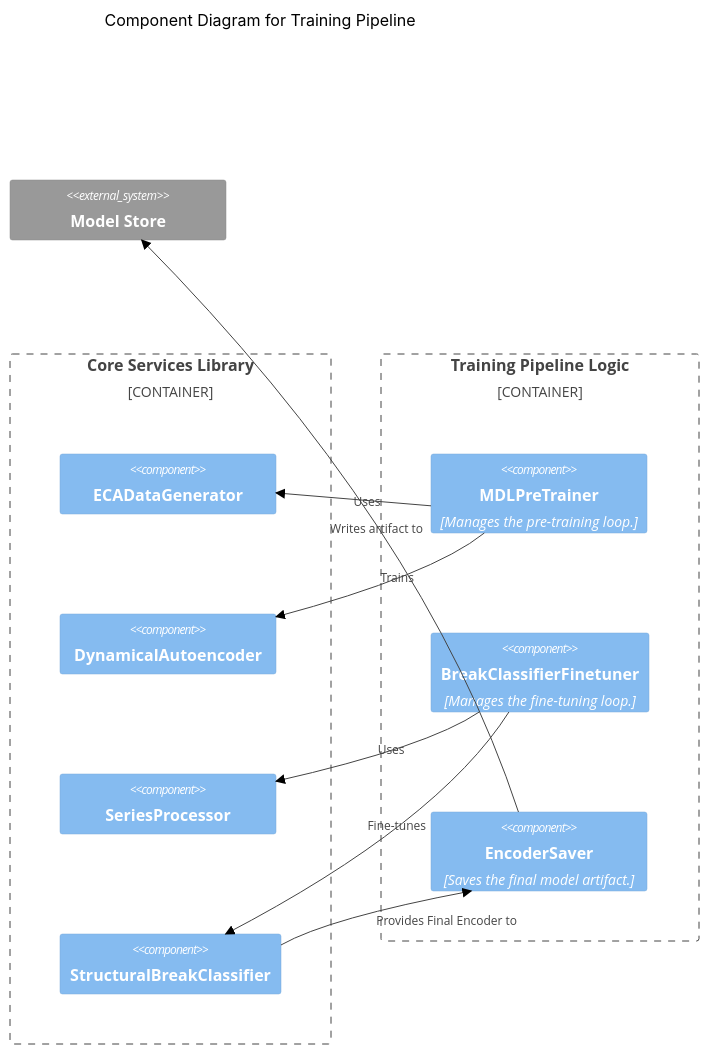
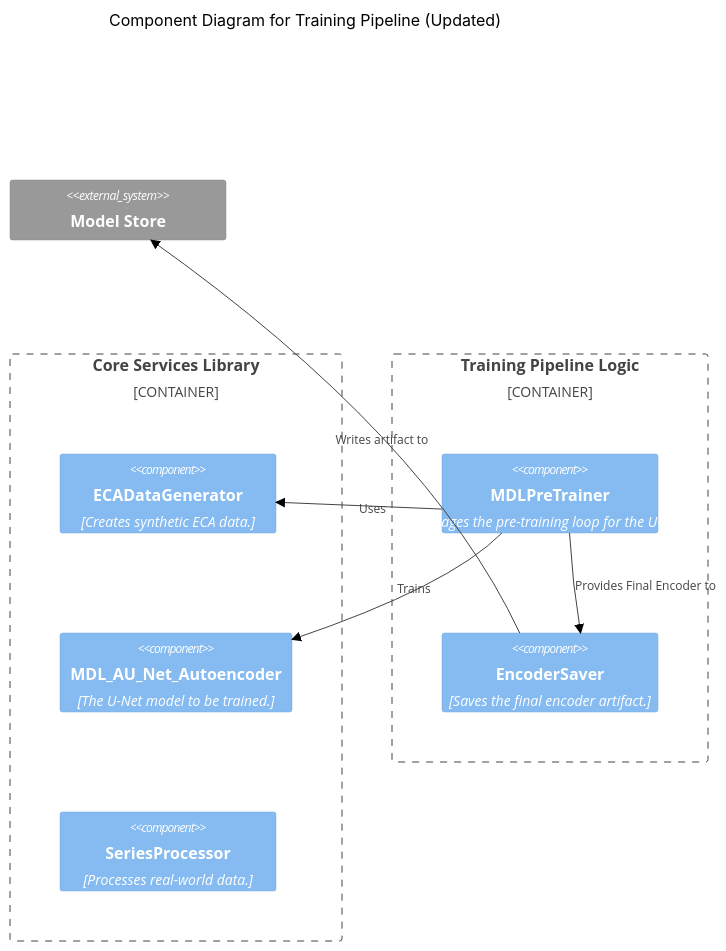
One commit to algoplexity/cybernetic-intelligence changed the second of 3 diagrams in docs/ADIA-challenge/solution-architecture-v3.md. Above: the diagram before and after it, drawn with Mermaid (forest theme). The commit also changed other lines of this file, not shown here.

````diff
--- a/docs/ADIA-challenge/solution-architecture-v3.md
+++ b/docs/ADIA-challenge/solution-architecture-v3.md
@@ -42,28 +45,23 @@
 ```mermaid
 C4Component
-    title Component Diagram for Training Pipeline
+    title Component Diagram for Training Pipeline (Updated)
 
     Container_Boundary(core_container, "Core Services Library") {
-        Component(eca_gen, "ECADataGenerator")
-        Component(dyn_ae, "DynamicalAutoencoder")
-        Component(series_proc, "SeriesProcessor")
-        Component(break_class, "StructuralBreakClassifier")
+        Component(eca_gen, "ECADataGenerator", "Creates synthetic ECA data.")
+        Component(mdl_aunet, "MDL_AU_Net_Autoencoder", "The U-Net model to be trained.")
+        Component(series_proc, "SeriesProcessor", "Processes real-world data.")
     }
 
     Container_Boundary(training_container, "Training Pipeline Logic") {
-        Component(pre_trainer, "MDLPreTrainer", "Manages the pre-training loop.")
-        Component(fine_tuner, "BreakClassifierFinetuner", "Manages the fine-tuning loop.")
-        Component(saver, "EncoderSaver", "Saves the final model artifact.")
+        Component(pre_trainer, "MDLPreTrainer", "Manages the pre-training loop for the U-Net.")
+        Component(saver, "EncoderSaver", "Saves the final encoder artifact.")
     }
 
     System_Ext(model_store, "Model Store")
     
     Rel(pre_trainer, eca_gen, "Uses")
-    Rel(pre_trainer, dyn_ae, "Trains")
-
-    Rel(fine_tuner, series_proc, "Uses")
-    Rel(fine_tuner, break_class, "Fine-tunes")
+    Rel(pre_trainer, mdl_aunet, "Trains")
     
-    Rel_D(break_class, saver, "Provides Final Encoder to")
+    Rel_D(pre_trainer, saver, "Provides Final Encoder to")
     Rel_R(saver, model_store, "Writes artifact to")
 ```
````
